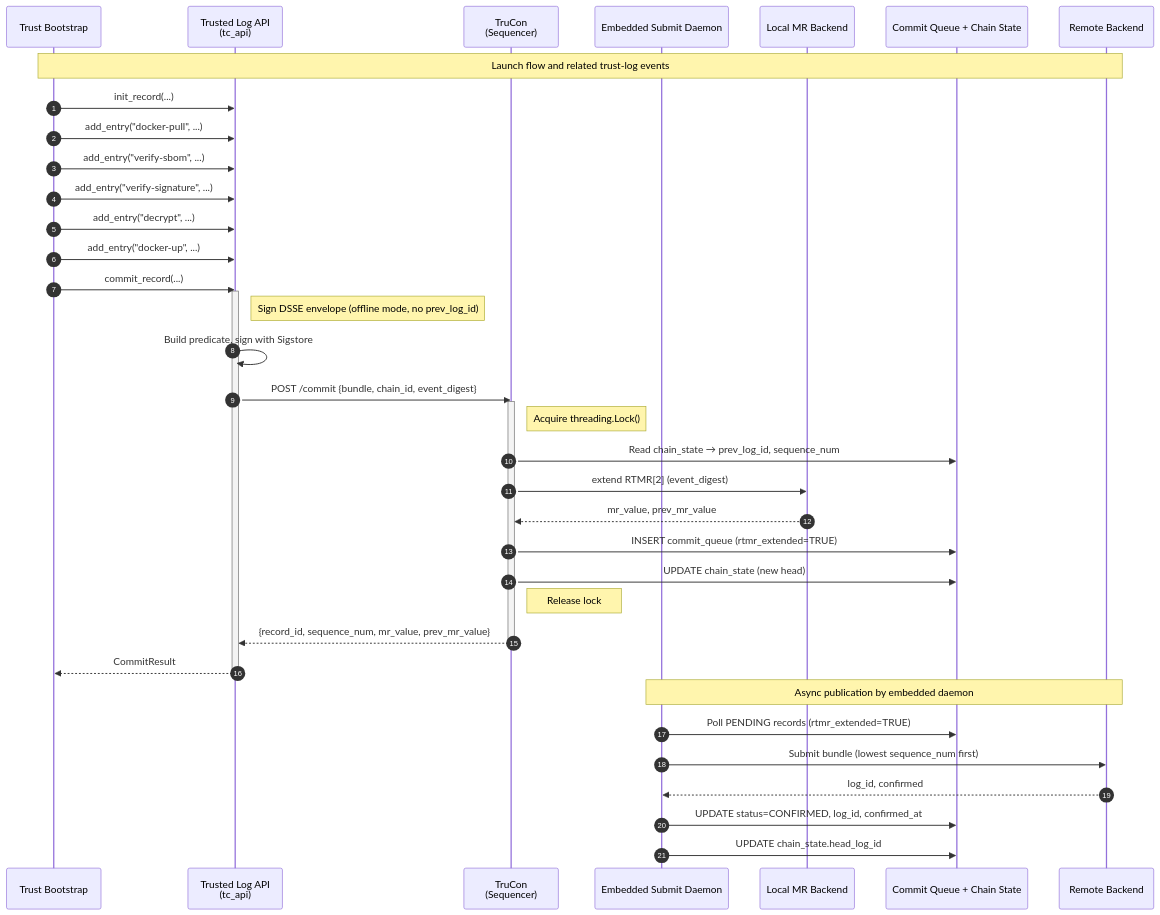
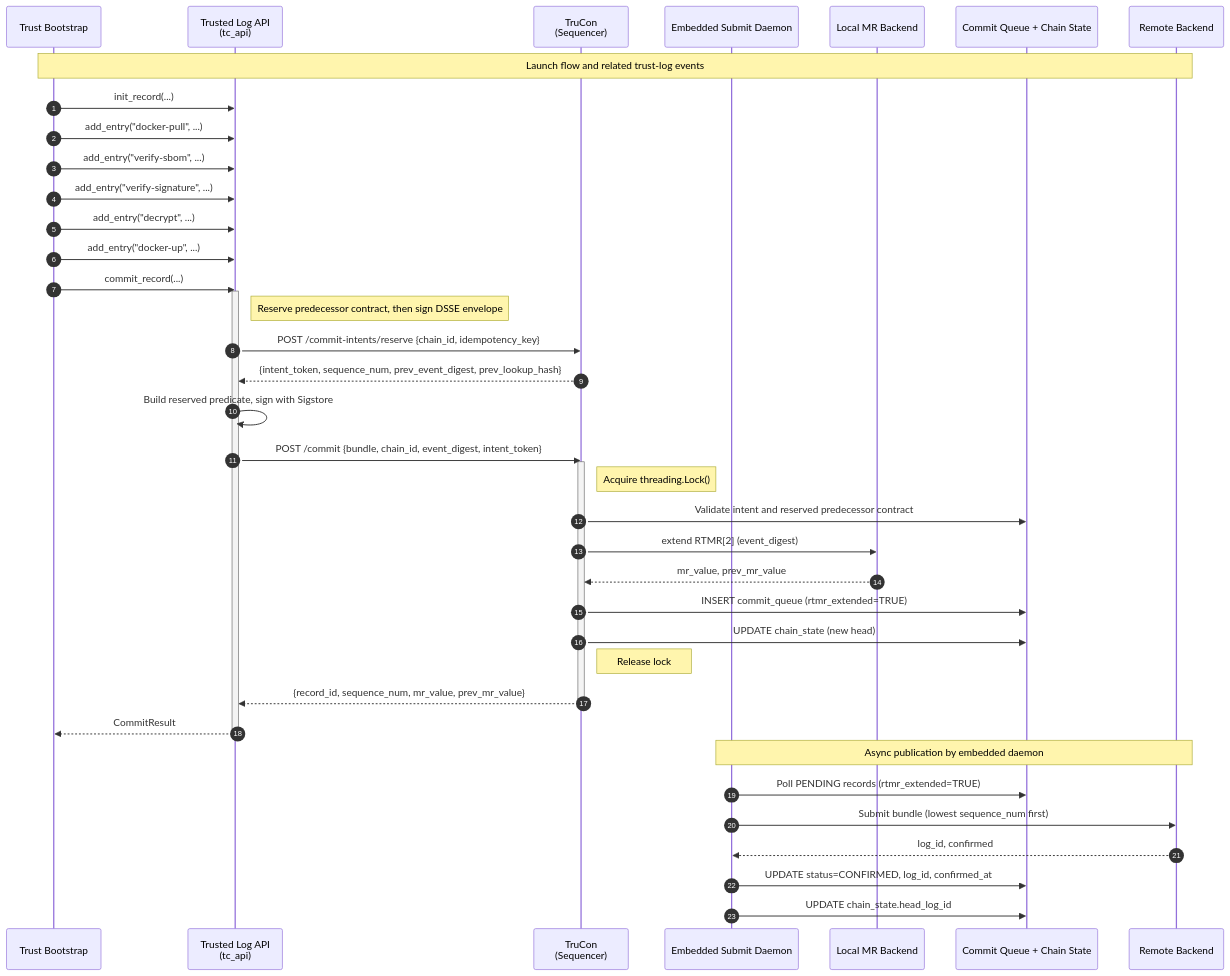
The sixth of 7 diagrams in docs/trusted-log/architecture.md (intel/confidential-computing-zoo), drawn with Mermaid before and after one commit. The commit also changed other lines of this file and 100 other files, not shown here.

````diff
--- a/docs/trusted-log/architecture.md
+++ b/docs/trusted-log/architecture.md
@@ -643,44 +652,46 @@
 ```mermaid
 sequenceDiagram
     autonumber
 
     participant TB as Trust Bootstrap
     participant TL as Trusted Log API<br/>(tc_api)
     participant TA as TruCon<br/>(Sequencer)
     participant SD as Embedded Submit Daemon
     participant LB as Local MR Backend
     participant PQ as Commit Queue + Chain State
     participant RB as Remote Backend
 
     Note over TB,RB: Launch flow and related trust-log events
     TB->>TL: init_record(...)
     TB->>TL: add_entry("docker-pull", ...)
     TB->>TL: add_entry("verify-sbom", ...)
     TB->>TL: add_entry("verify-signature", ...)
     TB->>TL: add_entry("decrypt", ...)
     TB->>TL: add_entry("docker-up", ...)
     TB->>TL: commit_record(...)
     activate TL
-    Note right of TL: Sign DSSE envelope (offline mode, no prev_log_id)
-    TL->>TL: Build predicate, sign with Sigstore
-    TL->>TA: POST /commit {bundle, chain_id, event_digest}
+    Note right of TL: Reserve predecessor contract, then sign DSSE envelope
+    TL->>TA: POST /commit-intents/reserve {chain_id, idempotency_key}
+    TA-->>TL: {intent_token, sequence_num, prev_event_digest, prev_lookup_hash}
+    TL->>TL: Build reserved predicate, sign with Sigstore
+    TL->>TA: POST /commit {bundle, chain_id, event_digest, intent_token}
     activate TA
     Note right of TA: Acquire threading.Lock()
-    TA->>PQ: Read chain_state → prev_log_id, sequence_num
+    TA->>PQ: Validate intent and reserved predecessor contract
     TA->>LB: extend RTMR[2] (event_digest)
     LB-->>TA: mr_value, prev_mr_value
     TA->>PQ: INSERT commit_queue (rtmr_extended=TRUE)
     TA->>PQ: UPDATE chain_state (new head)
     Note right of TA: Release lock
     TA-->>TL: {record_id, sequence_num, mr_value, prev_mr_value}
     deactivate TA
     TL-->>TB: CommitResult
     deactivate TL
 
     Note over SD,RB: Async publication by embedded daemon
     SD->>PQ: Poll PENDING records (rtmr_extended=TRUE)
     SD->>RB: Submit bundle (lowest sequence_num first)
     RB-->>SD: log_id, confirmed
     SD->>PQ: UPDATE status=CONFIRMED, log_id, confirmed_at
     SD->>PQ: UPDATE chain_state.head_log_id
 ```
````
